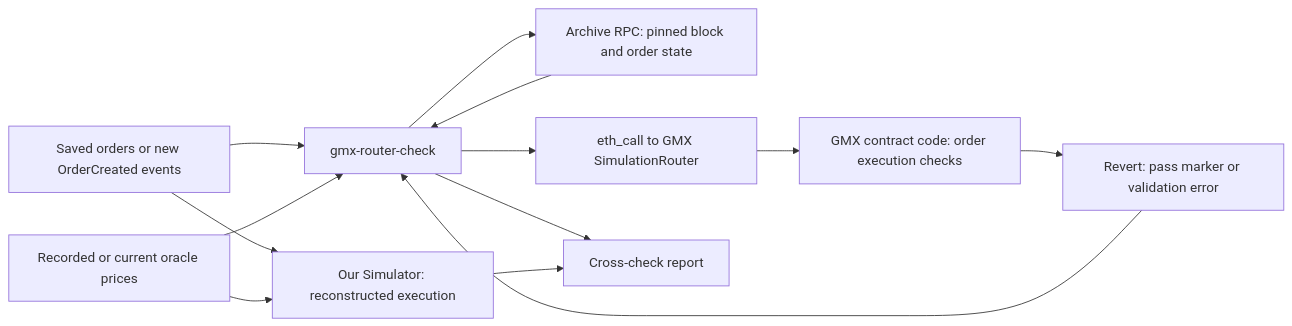
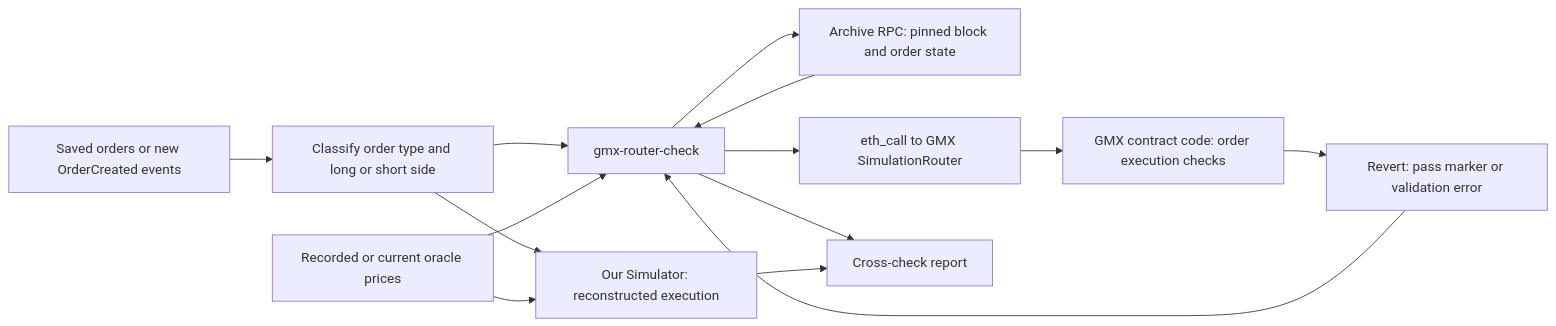
One commit to sherlock-holmes1/gmx-crypto-bot changed the diagram in docs/step4-1-simulation-router-crosscheck-plan.md. Above: the diagram before and after it, drawn with Mermaid. The commit also changed other lines of this file and 22 other files, not shown here.

````diff
--- a/docs/step4-1-simulation-router-crosscheck-plan.md
+++ b/docs/step4-1-simulation-router-crosscheck-plan.md
@@ -15,15 +15,16 @@
 ```mermaid
 flowchart LR
-    A[Saved orders or new OrderCreated events] --> B[gmx-router-check]
+    A[Saved orders or new OrderCreated events] --> T[Classify order type and long or short side]
+    T --> B[gmx-router-check]
     P[Recorded or current oracle prices] --> B
     B --> C[Archive RPC: pinned block and order state]
     C --> B
     B --> D[eth_call to GMX SimulationRouter]
     D --> E[GMX contract code: order execution checks]
     E --> F[Revert: pass marker or validation error]
     F --> B
-    A --> G[Our Simulator: reconstructed execution]
+    T --> G[Our Simulator: reconstructed execution]
     P --> G
     B --> H[Cross-check report]
     G --> H
 ```
````
